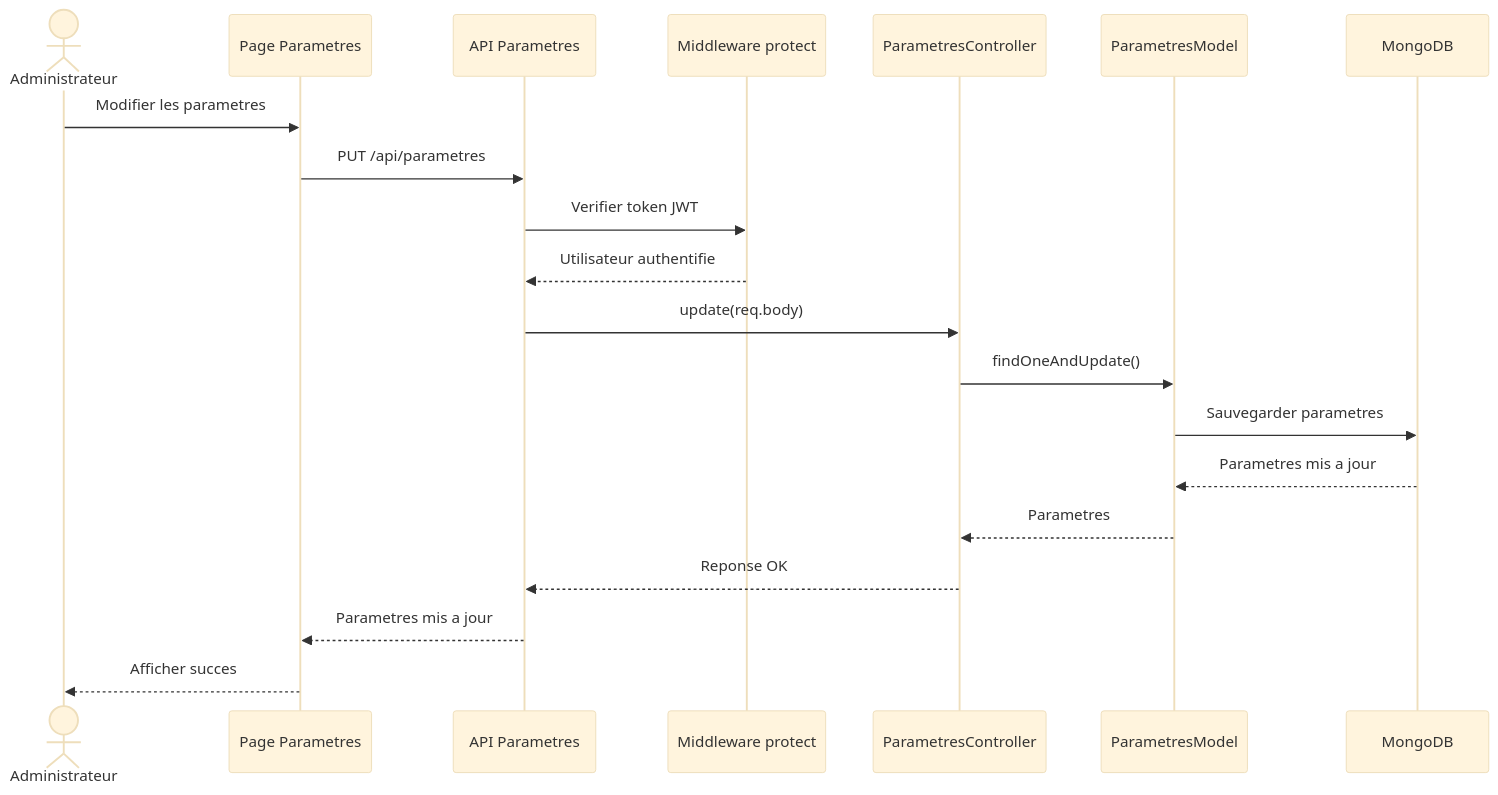
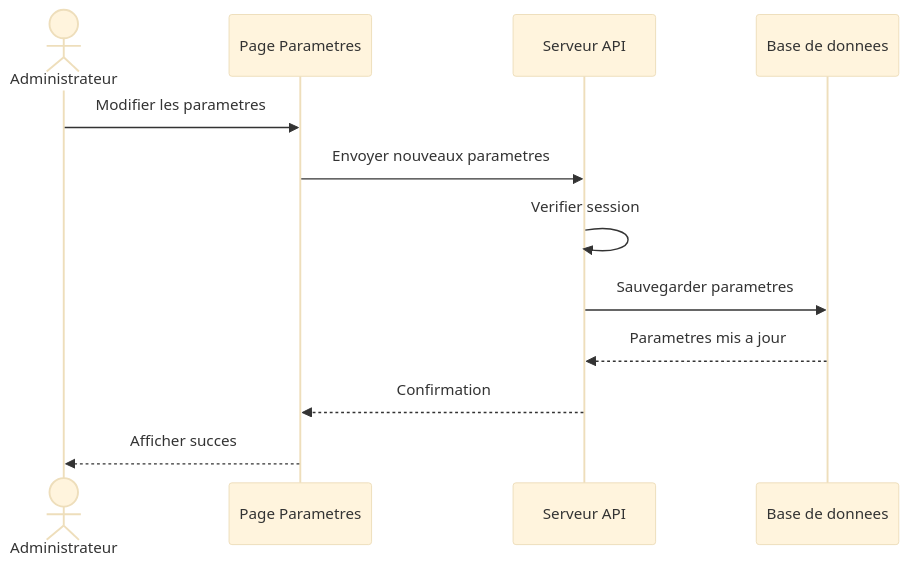
One commit to Youness-Ailal/bovins_cmc changed the diagram in tasks/salma/sequence-update-settings.md. Above: the diagram before and after it, drawn with Mermaid (base theme). The commit also changed 14 other files, not shown here.

````diff
--- a/tasks/salma/sequence-update-settings.md
+++ b/tasks/salma/sequence-update-settings.md
@@ -3,23 +3,15 @@
 ```mermaid
 sequenceDiagram
     actor Administrateur
-    participant Frontend as Page Parametres
-    participant API as API Parametres
-    participant Middleware as Middleware protect
-    participant Controller as ParametresController
-    participant Model as ParametresModel
-    participant DB as MongoDB
+    participant Interface as Page Parametres
+    participant Serveur as Serveur API
+    participant DB as Base de donnees
 
-    Administrateur->>Frontend: Modifier les parametres
-    Frontend->>API: PUT /api/parametres
-    API->>Middleware: Verifier token JWT
-    Middleware-->>API: Utilisateur authentifie
-    API->>Controller: update(req.body)
-    Controller->>Model: findOneAndUpdate()
-    Model->>DB: Sauvegarder parametres
-    DB-->>Model: Parametres mis a jour
-    Model-->>Controller: Parametres
-    Controller-->>API: Reponse OK
-    API-->>Frontend: Parametres mis a jour
-    Frontend-->>Administrateur: Afficher succes
+    Administrateur->>Interface: Modifier les parametres
+    Interface->>Serveur: Envoyer nouveaux parametres
+    Serveur->>Serveur: Verifier session
+    Serveur->>DB: Sauvegarder parametres
+    DB-->>Serveur: Parametres mis a jour
+    Serveur-->>Interface: Confirmation
+    Interface-->>Administrateur: Afficher succes
 ```
````
